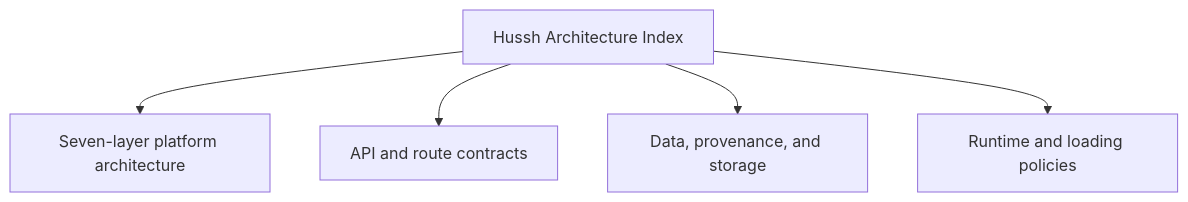
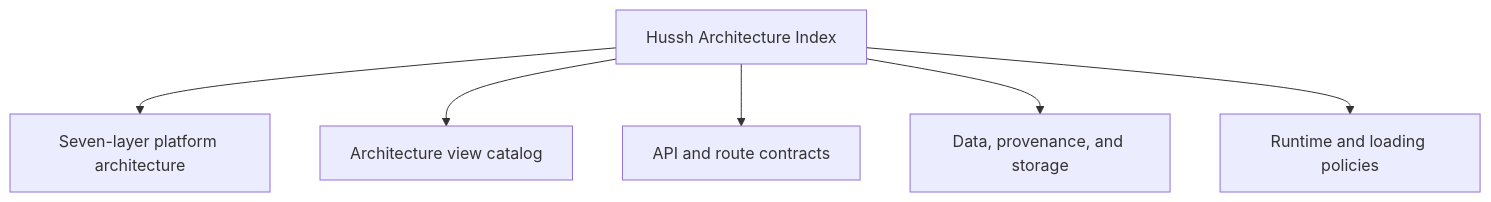
One commit to hushh-labs/hushh-research changed the diagram in docs/reference/architecture/README.md. Above: the diagram before and after it, drawn with Mermaid. The commit also changed other lines of this file and 159 other files, not shown here.

````diff
--- a/docs/reference/architecture/README.md
+++ b/docs/reference/architecture/README.md
@@ -6,13 +6,15 @@
 ```mermaid
 flowchart TD
   root["Hussh Architecture Index"]
   stack["Seven-layer platform architecture"]
   contracts["API and route contracts"]
+  views["Architecture view catalog"]
   data["Data, provenance, and storage"]
   runtime["Runtime and loading policies"]
 
   root --> stack
+  root --> views
   root --> contracts
   root --> data
   root --> runtime
 ```
````
